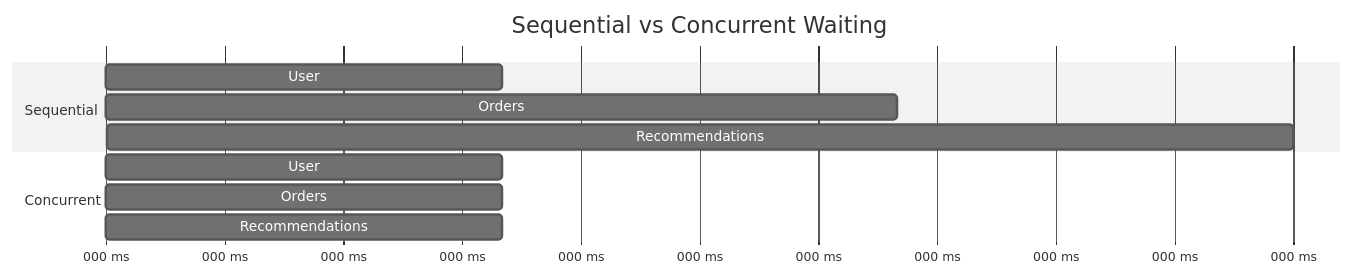
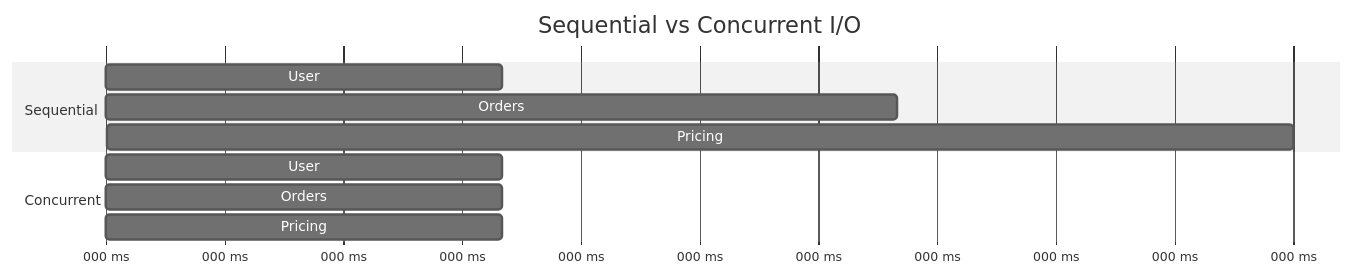
Before and after one commit to AvadhBhalodiya/Interview-Preparation: the fourth of 8 diagrams in src/content/fastapi/async-endpoints.md, drawn with Mermaid (neutral theme). The commit also changed other lines of this file and 80 other files, not shown here.

````diff
--- a/src/content/fastapi/async-endpoints.md
+++ b/src/content/fastapi/async-endpoints.md
@@ -556,16 +264,16 @@
 ```mermaid
 gantt
-    title Sequential vs Concurrent Waiting
+    title Sequential vs Concurrent I/O
     dateFormat X
     axisFormat %L ms
 
     section Sequential
-    User            :0, 200
-    Orders          :200, 400
-    Recommendations :400, 600
+    User    :0, 200
+    Orders  :200, 400
+    Pricing :400, 600
 
     section Concurrent
-    User            :0, 200
-    Orders          :0, 200
-    Recommendations :0, 200
+    User    :0, 200
+    Orders  :0, 200
+    Pricing :0, 200
 ```
````
